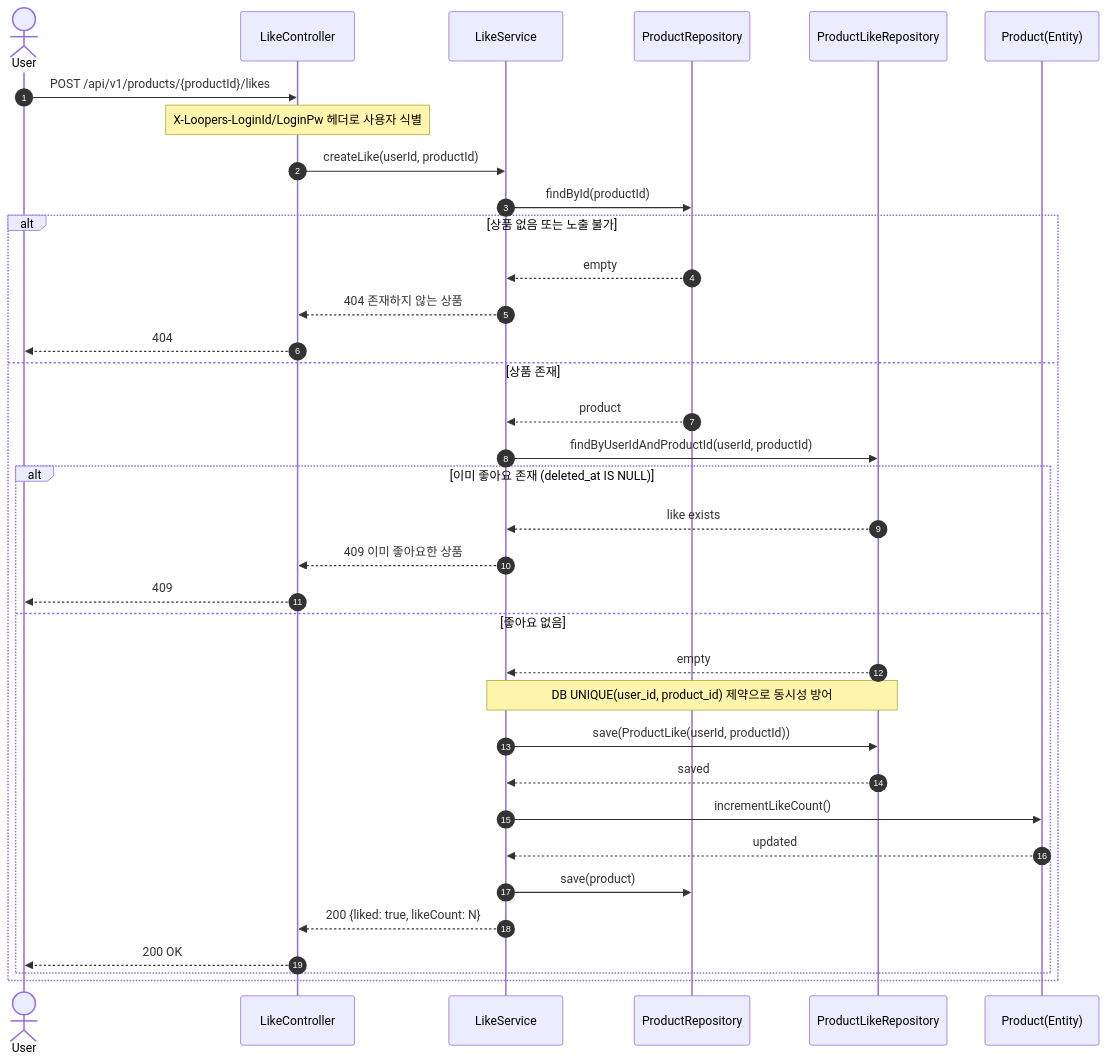
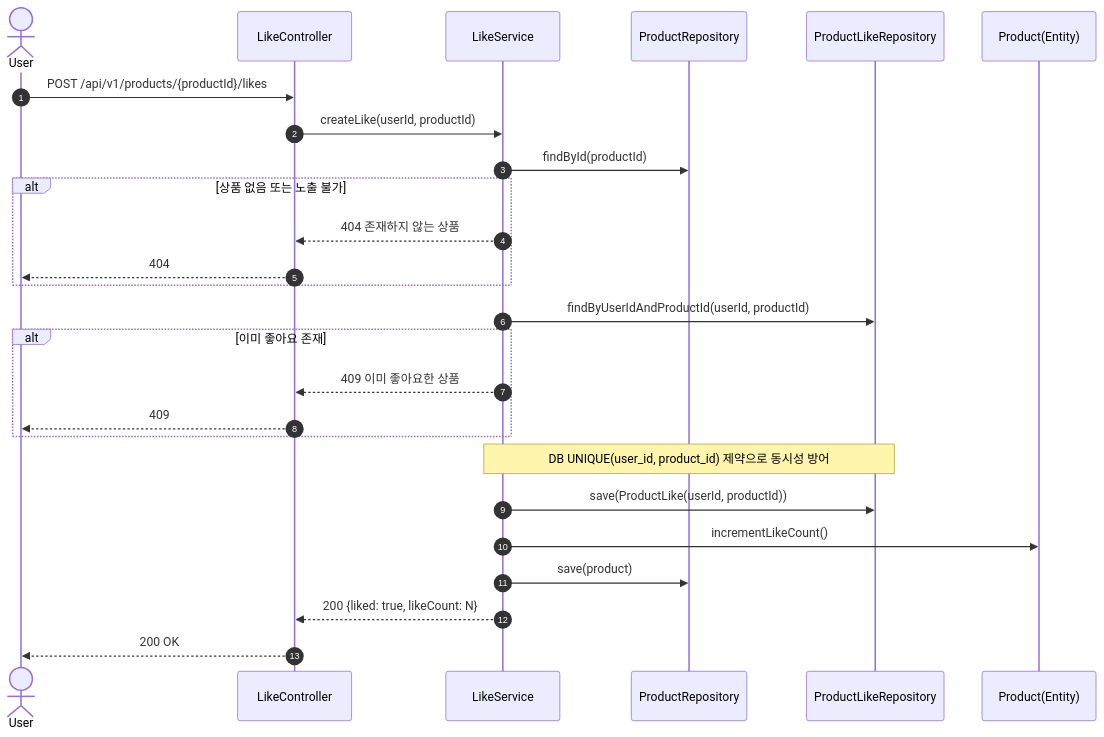
The fourth of 9 diagrams in .docs/design/02-sequence-diagrams.md (Loopers-dev-lab/loop-pack-be-l2-vol3-java), drawn with Mermaid before and after one commit. The commit also changed other lines of this file and 13 other files, not shown here.

Commit message:
docs: 핵심 도메인 설계 문서 작성 (요구사항, 시퀀스, 클래스, ERD)

````diff
--- a/.docs/design/02-sequence-diagrams.md
+++ b/.docs/design/02-sequence-diagrams.md
@@ -37,43 +246,34 @@
 ```mermaid
 sequenceDiagram
   autonumber
   actor User
   participant Controller as LikeController
   participant Service as LikeService
   participant ProductRepo as ProductRepository
   participant LikeRepo as ProductLikeRepository
   participant Product as Product(Entity)
 
   User->>Controller: POST /api/v1/products/{productId}/likes
-  Note over Controller: X-Loopers-LoginId/LoginPw 헤더로 사용자 식별
   Controller->>Service: createLike(userId, productId)
 
   Service->>ProductRepo: findById(productId)
   alt 상품 없음 또는 노출 불가
-    ProductRepo-->>Service: empty
     Service-->>Controller: 404 존재하지 않는 상품
     Controller-->>User: 404
-  else 상품 존재
-    ProductRepo-->>Service: product
+  end
 
-    Service->>LikeRepo: findByUserIdAndProductId(userId, productId)
-    alt 이미 좋아요 존재 (deleted_at IS NULL)
-      LikeRepo-->>Service: like exists
-      Service-->>Controller: 409 이미 좋아요한 상품
-      Controller-->>User: 409
-    else 좋아요 없음
-      LikeRepo-->>Service: empty
+  Service->>LikeRepo: findByUserIdAndProductId(userId, productId)
+  alt 이미 좋아요 존재
+    Service-->>Controller: 409 이미 좋아요한 상품
+    Controller-->>User: 409
+  end
 
-      Note over Service,LikeRepo: DB UNIQUE(user_id, product_id) 제약으로 동시성 방어
-      Service->>LikeRepo: save(ProductLike(userId, productId))
-      LikeRepo-->>Service: saved
+  Note over Service,LikeRepo: DB UNIQUE(user_id, product_id) 제약으로 동시성 방어
+  Service->>LikeRepo: save(ProductLike(userId, productId))
 
-      Service->>Product: incrementLikeCount()
-      Product-->>Service: updated
-      Service->>ProductRepo: save(product)
+  Service->>Product: incrementLikeCount()
+  Service->>ProductRepo: save(product)
 
-      Service-->>Controller: 200 {liked: true, likeCount: N}
-      Controller-->>User: 200 OK
-    end
-  end
+  Service-->>Controller: 200 {liked: true, likeCount: N}
+  Controller-->>User: 200 OK
 ```
````
